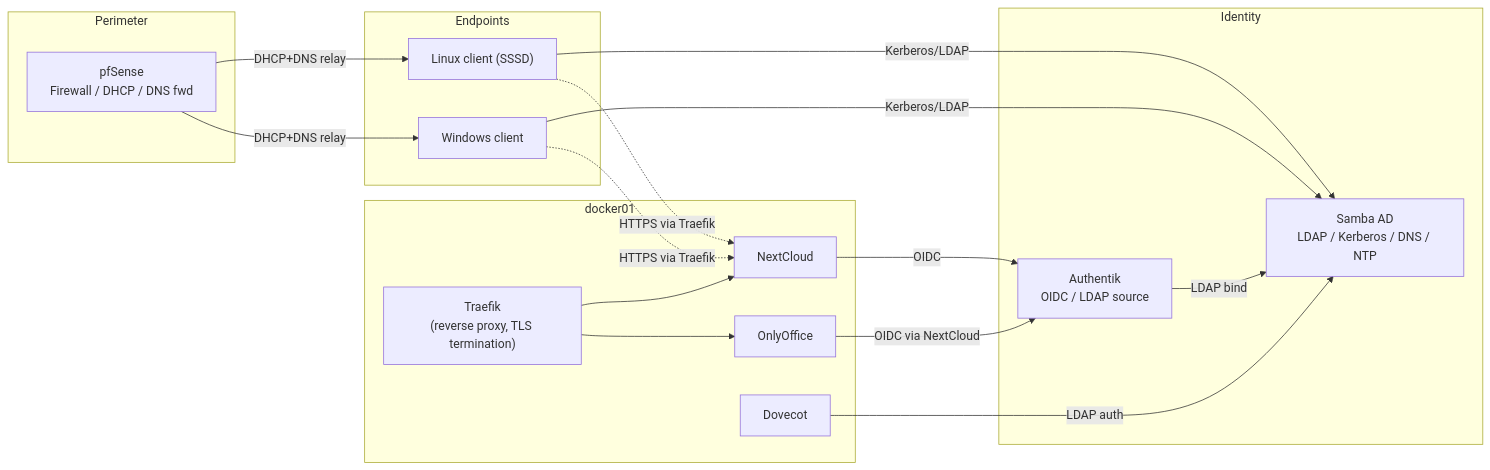
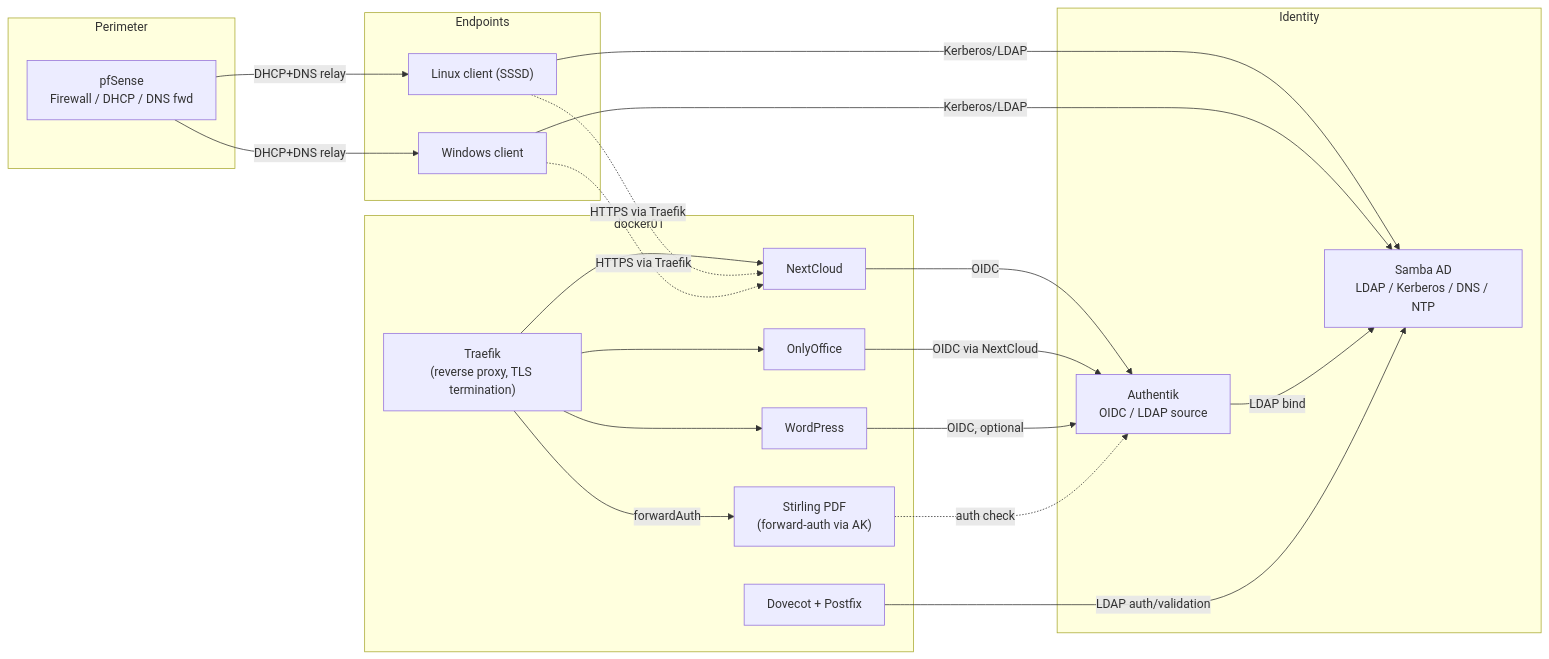
One commit to LibreOpsLab/lab-small-business changed the diagram in docs/Architecture.md. Above: the diagram before and after it, drawn with Mermaid. The commit also changed other lines of this file and 105 other files, not shown here.

````diff
--- a/docs/Architecture.md
+++ b/docs/Architecture.md
@@ -44,33 +63,39 @@
 ```mermaid
 flowchart LR
     subgraph Perimeter
         PF["pfSense\nFirewall / DHCP / DNS fwd"]
     end
     subgraph Identity
         DC["Samba AD\nLDAP / Kerberos / DNS / NTP"]
         AK["Authentik\nOIDC / LDAP source"]
     end
     subgraph Apps["docker01"]
         TR["Traefik\n(reverse proxy, TLS termination)"]
         NC["NextCloud"]
         OO["OnlyOffice"]
-        DV["Dovecot"]
+        DV["Dovecot + Postfix"]
+        WP["WordPress"]
+        PDF["Stirling PDF\n(forward-auth via AK)"]
     end
     subgraph Endpoints
         LC["Linux client (SSSD)"]
         WC["Windows client"]
     end
 
     PF -->|DHCP+DNS relay| LC
     PF -->|DHCP+DNS relay| WC
     LC -->|Kerberos/LDAP| DC
     WC -->|Kerberos/LDAP| DC
     AK -->|LDAP bind| DC
     TR --> NC
     TR --> OO
+    TR --> WP
+    TR -->|forwardAuth| PDF
     NC -->|OIDC| AK
     OO -->|OIDC via NextCloud| AK
-    DV -->|LDAP auth| DC
+    WP -->|OIDC, optional| AK
+    PDF -.->|auth check| AK
+    DV -->|LDAP auth/validation| DC
     LC -.HTTPS via Traefik.-> NC
     WC -.HTTPS via Traefik.-> NC
 ```
````
